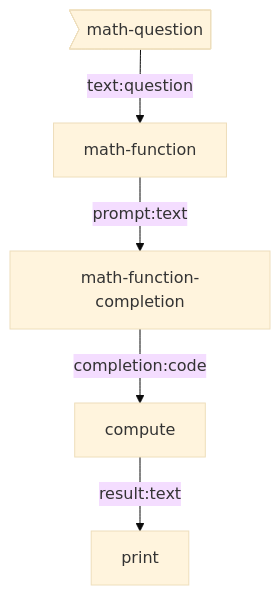
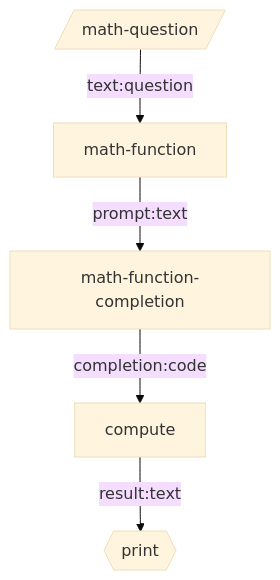
One commit to breadboard-ai/breadboard changed the diagram in seeds/graph-playground/docs/graphs/math.md. Above: the diagram before and after it, drawn with Mermaid (base theme). The commit also changed 11 other files, not shown here.

Commit message:
[graph-playground] Update diagrams.

````diff
--- a/seeds/graph-playground/docs/graphs/math.md
+++ b/seeds/graph-playground/docs/graphs/math.md
@@ -4,7 +4,7 @@
 ```mermaid
 graph TD;
-math-question>math-question] -- text:question --> math-function
+math-question[/math-question/] -- text:question --> math-function
 math-function -- prompt:text --> math-function-completion
 math-function-completion -- completion:code --> compute
-compute -- result:text --> print
+compute -- result:text --> print{{print}}
 ```
````
